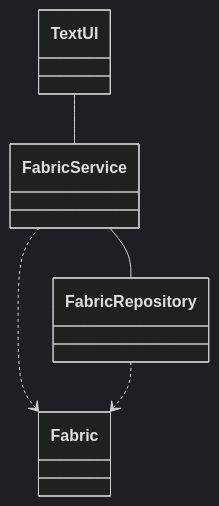
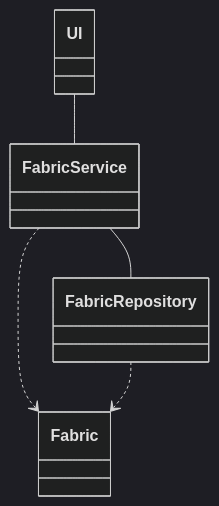
Before and after one commit to taru-s/ot-harjoitustyo: the first of 2 diagrams in fabric-stash/dokumentaatio/arkkitehtuuri.md, drawn with Mermaid (dark theme). The commit also changed other lines of this file, not shown here.

````diff
--- a/fabric-stash/dokumentaatio/arkkitehtuuri.md
+++ b/fabric-stash/dokumentaatio/arkkitehtuuri.md
@@ -3,16 +3,16 @@
 ```mermaid
  classDiagram
-      TextUI -- FabricService
+      UI -- FabricService
       FabricService -- FabricRepository
       FabricService ..> Fabric
       FabricRepository ..> Fabric
       
-      class TextUI{
+      class UI{
       }
       class FabricService{
       }
       class FabricRepository{
       }
       class Fabric{
       }
 ```
````
